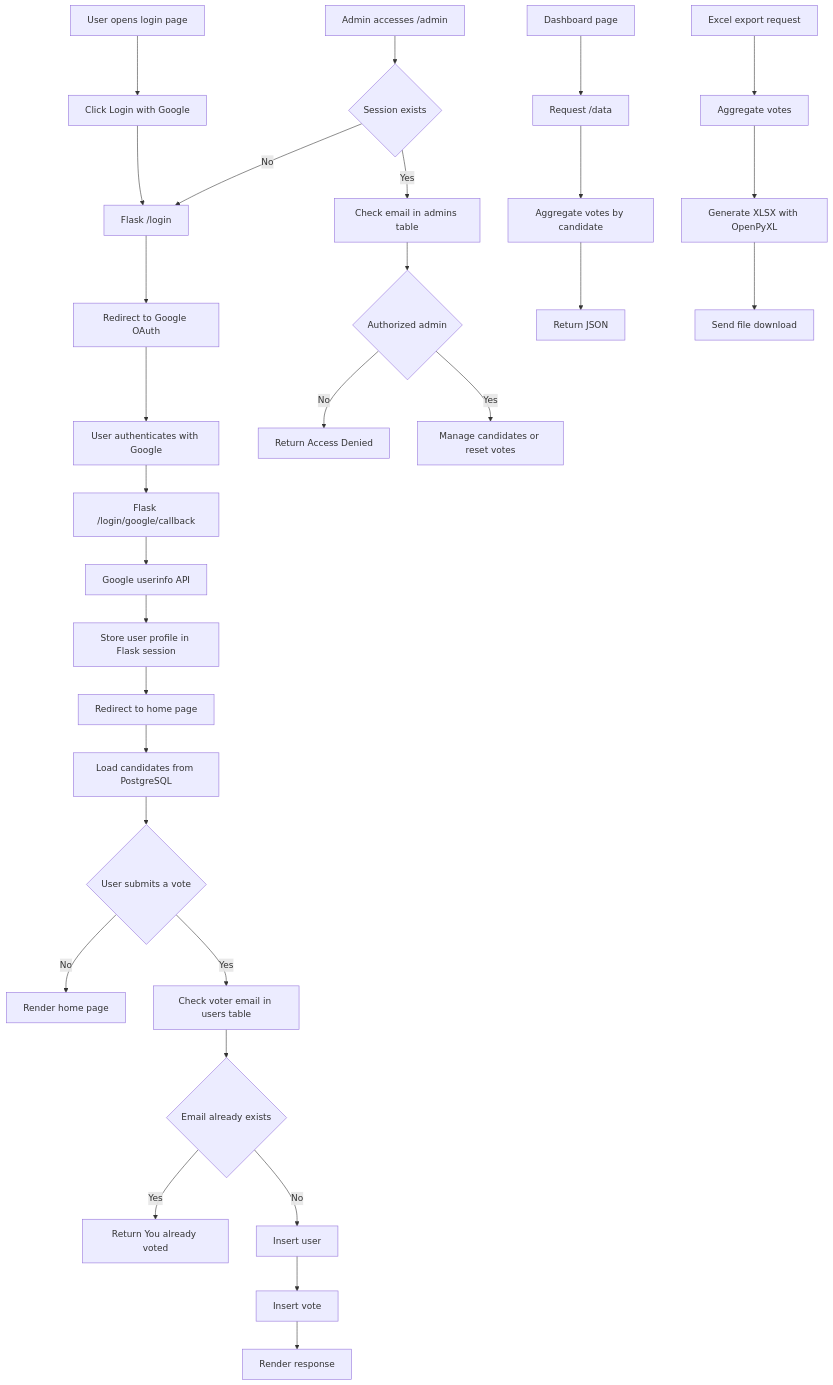
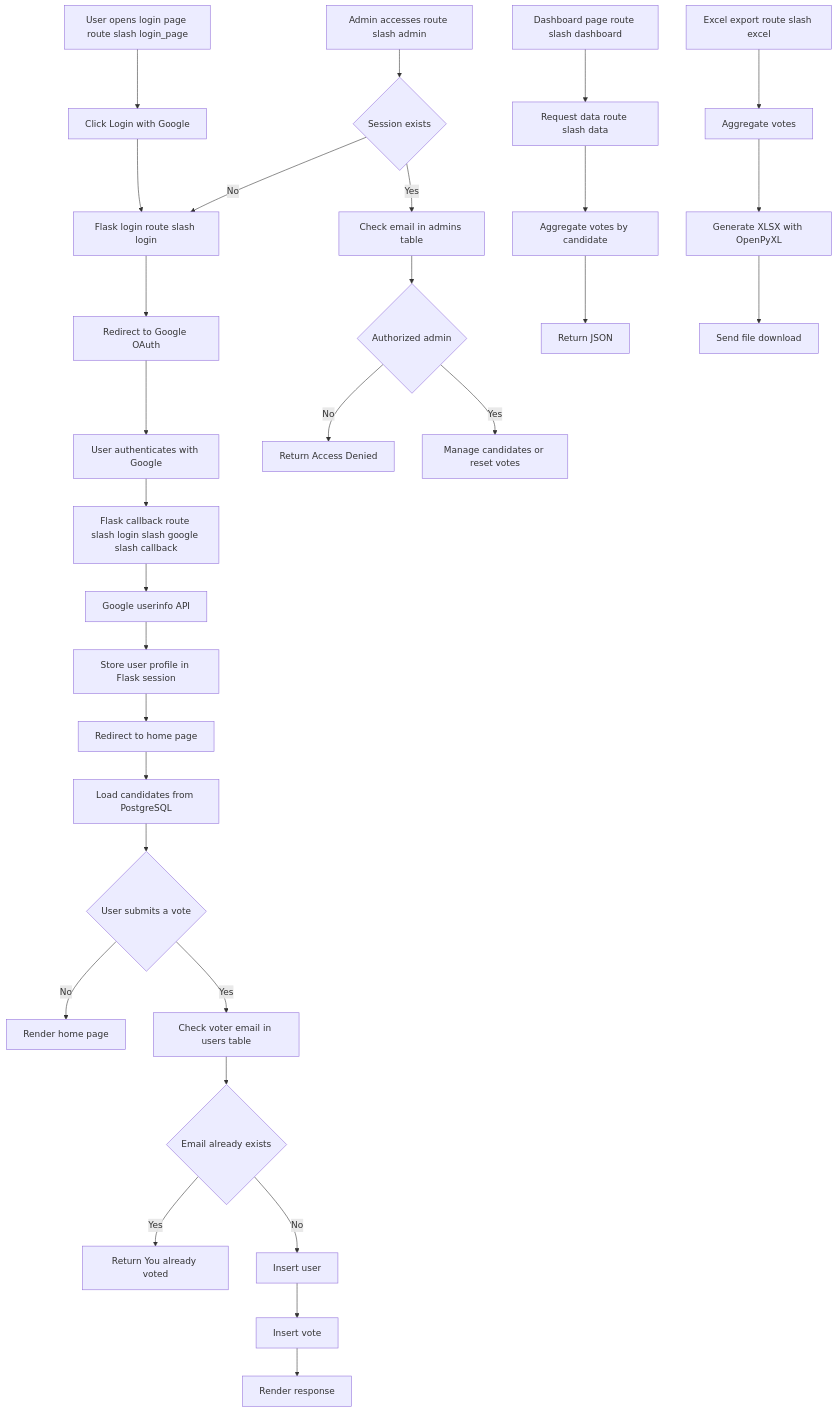
Before and after one commit to saralray/voting-webapp: the diagram in docs/SYSTEM_FLOWCHART.md, drawn with Mermaid. The commit also changed 1 other file, not shown here.

Commit message:
fix mermaid flowchart rendering

````diff
--- a/docs/SYSTEM_FLOWCHART.md
+++ b/docs/SYSTEM_FLOWCHART.md
@@ -5,36 +5,36 @@
 ```mermaid
 flowchart TD
-    A[User opens login page] --> B[Click Login with Google]
-    B --> C[Flask /login]
+    A[User opens login page route slash login_page] --> B[Click Login with Google]
+    B --> C[Flask login route slash login]
     C --> D[Redirect to Google OAuth]
     D --> E[User authenticates with Google]
-    E --> F[Flask /login/google/callback]
+    E --> F[Flask callback route slash login slash google slash callback]
     F --> G[Google userinfo API]
     G --> H[Store user profile in Flask session]
     H --> I[Redirect to home page]
 
     I --> J[Load candidates from PostgreSQL]
     J --> K{User submits a vote}
     K -- No --> L[Render home page]
     K -- Yes --> M[Check voter email in users table]
     M --> N{Email already exists}
     N -- Yes --> O[Return You already voted]
     N -- No --> P[Insert user]
     P --> Q[Insert vote]
     Q --> R[Render response]
 
-    S[Admin accesses /admin] --> T{Session exists}
+    S[Admin accesses route slash admin] --> T{Session exists}
     T -- No --> C
     T -- Yes --> U[Check email in admins table]
     U --> V{Authorized admin}
     V -- No --> W[Return Access Denied]
     V -- Yes --> X[Manage candidates or reset votes]
 
-    Y[Dashboard page] --> Z[Request /data]
+    Y[Dashboard page route slash dashboard] --> Z[Request data route slash data]
     Z --> AA[Aggregate votes by candidate]
     AA --> AB[Return JSON]
 
-    AC[Excel export request] --> AD[Aggregate votes]
+    AC[Excel export route slash excel] --> AD[Aggregate votes]
     AD --> AE[Generate XLSX with OpenPyXL]
     AE --> AF[Send file download]
 ```
````
